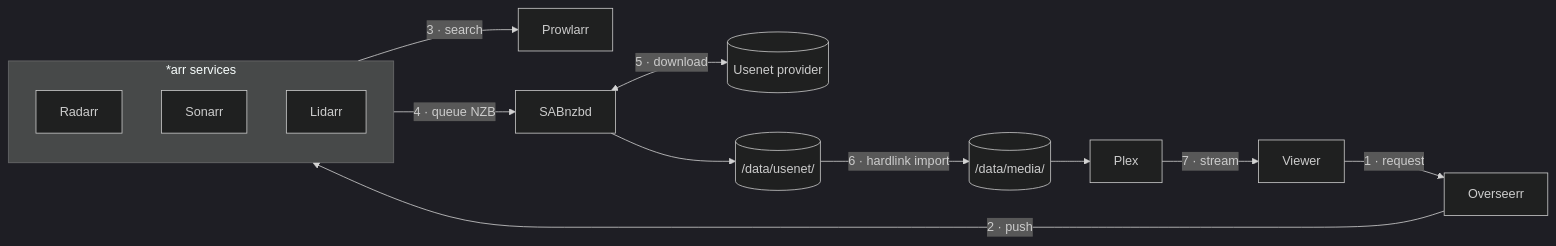
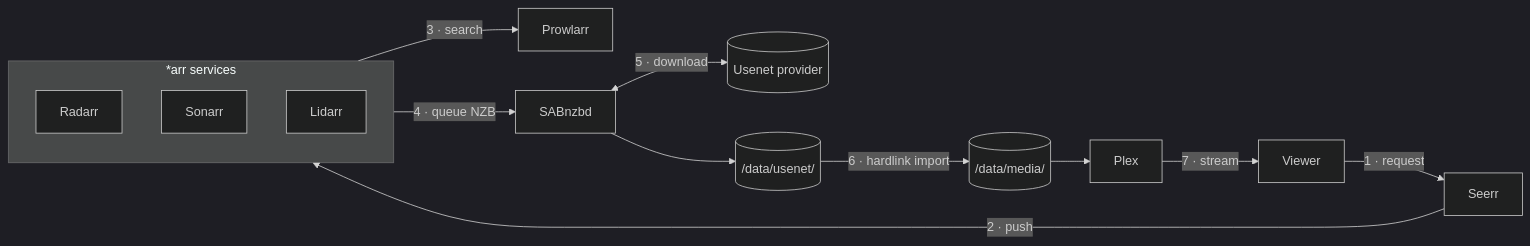
One commit to mihirsathe/homeserver changed the third of 4 diagrams in docs/diagrams-drafts.md. Above: the diagram before and after it, drawn with Mermaid (dark theme). The commit also changed other lines of this file and 22 other files, not shown here.

First line of the commit message:
Docs + stack: align architecture references to port-forward + Tailscale

````diff
--- a/docs/diagrams-drafts.md
+++ b/docs/diagrams-drafts.md
@@ -70,27 +70,27 @@
 ```mermaid
 flowchart LR
     viewer["Viewer"]
-    osr["Overseerr"]
+    seerr["Seerr"]
     subgraph arr["*arr services"]
         direction TB
         radarr["Radarr"]
         sonarr["Sonarr"]
         lidarr["Lidarr"]
     end
     prow["Prowlarr"]
     sab["SABnzbd"]
     usenet[("Usenet provider")]
     plex["Plex"]
     inc[("/data/usenet/")]
     media[("/data/media/")]
 
-    viewer -->|"1 · request"| osr
-    osr -->|"2 · push"| arr
+    viewer -->|"1 · request"| seerr
+    seerr -->|"2 · push"| arr
     arr -->|"3 · search"| prow
     arr -->|"4 · queue NZB"| sab
     sab <-->|"5 · download"| usenet
     sab --> inc
     inc -->|"6 · hardlink import"| media
     media --> plex
     plex -->|"7 · stream"| viewer
 ```
````
